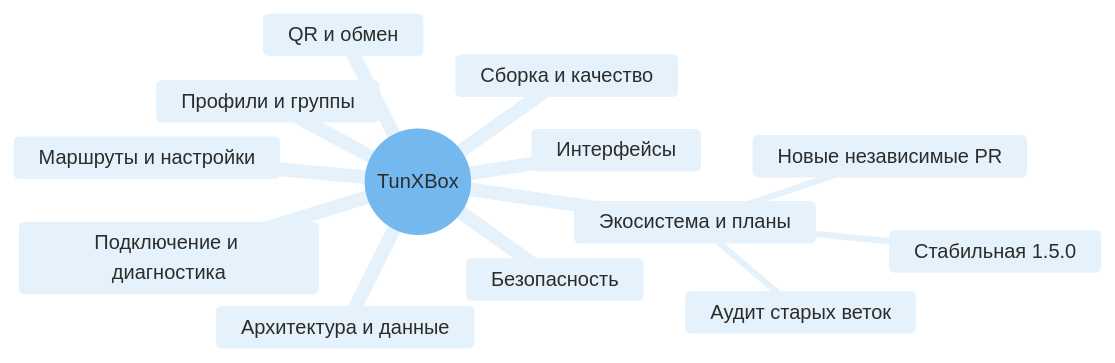
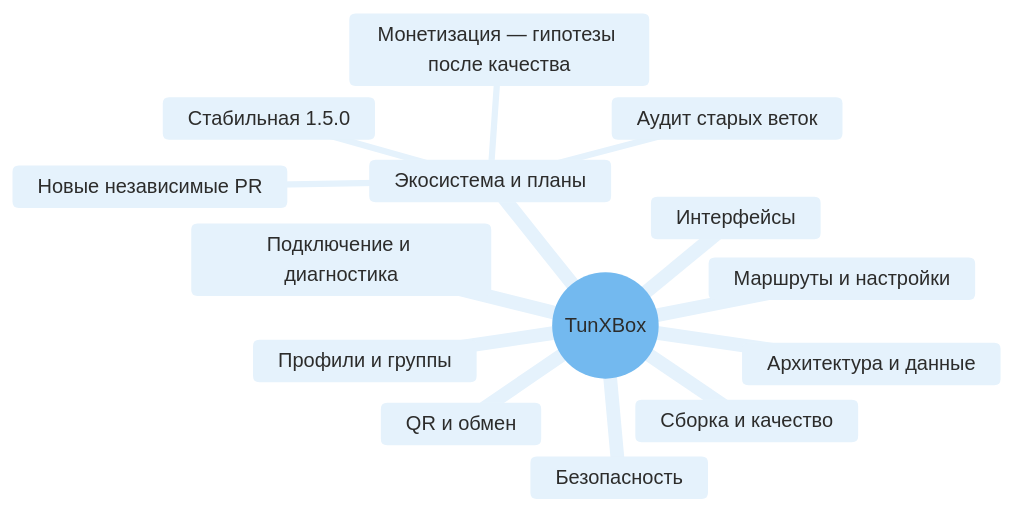
One commit to LeonidYasin/TunXBox changed the diagram in docs/project-map.md. Above: the diagram before and after it, drawn with Mermaid. The commit also changed other lines of this file and 22 other files, not shown here.

````diff
--- a/docs/project-map.md
+++ b/docs/project-map.md
@@ -9,17 +9,18 @@
 ```mermaid
 %%{init: {"theme": "base", "themeVariables": {"primaryColor": "#E5F2FC", "primaryTextColor": "#2C2C2B", "primaryBorderColor": "#2783DE", "lineColor": "#7D7A75", "secondaryColor": "#E8F1EC", "tertiaryColor": "#F9F8F7", "fontFamily": "Arial", "cScale0": "#E5F2FC", "cScaleLabel0": "#2C2C2B", "cScale1": "#E5F2FC", "cScaleLabel1": "#2C2C2B", "cScale2": "#E5F2FC", "cScaleLabel2": "#2C2C2B", "cScale3": "#E5F2FC", "cScaleLabel3": "#2C2C2B", "cScale4": "#E5F2FC", "cScaleLabel4": "#2C2C2B", "cScale5": "#E5F2FC", "cScaleLabel5": "#2C2C2B", "cScale6": "#E5F2FC", "cScaleLabel6": "#2C2C2B", "cScale7": "#E5F2FC", "cScaleLabel7": "#2C2C2B", "cScale8": "#E5F2FC", "cScaleLabel8": "#2C2C2B", "cScale9": "#E5F2FC", "cScaleLabel9": "#2C2C2B", "cScale10": "#E5F2FC", "cScaleLabel10": "#2C2C2B", "cScale11": "#E5F2FC", "cScaleLabel11": "#2C2C2B"}}}%%
 mindmap
   root((TunXBox))
     Интерфейсы
     Профили и группы
     Подключение и диагностика
     Маршруты и настройки
     QR и обмен
     Архитектура и данные
     Сборка и качество
     Безопасность
     Экосистема и планы
       Стабильная 1.5.0
       Аудит старых веток
       Новые независимые PR
+      Монетизация — гипотезы после качества
 ```
````
